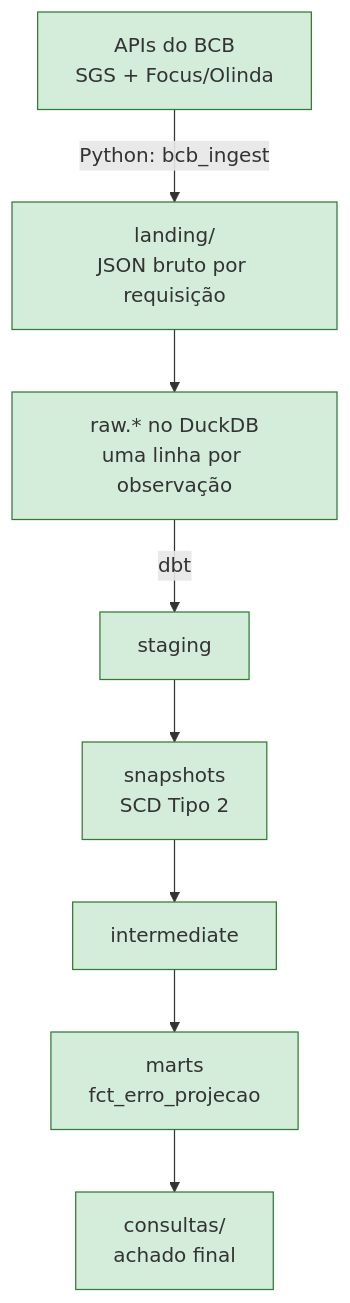
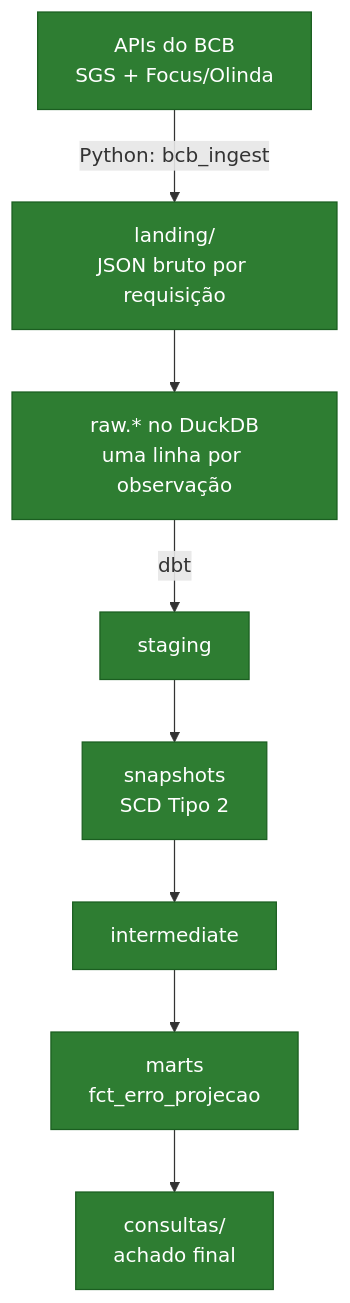
The diagram in README.md (Mikhael-Groschitz/bcb-macro-elt-python-dbt), drawn with Mermaid before and after one commit. The commit also changed other lines of this file and 8 other files, not shown here.

````diff
--- a/README.md
+++ b/README.md
@@ -66,19 +69,19 @@
 ```mermaid
 flowchart TD
     A[APIs do BCB<br/>SGS + Focus/Olinda] -->|Python: bcb_ingest| B[landing/<br/>JSON bruto por requisição]
     B --> C[raw.* no DuckDB<br/>uma linha por observação]
     C -->|dbt| D[staging]
     D --> E[snapshots<br/>SCD Tipo 2]
     E --> F[intermediate]
     F --> G[marts<br/>fct_erro_projecao]
     G --> H[consultas/<br/>achado final]
 
-    style A fill:#d4edda,stroke:#2e7d32
-    style B fill:#d4edda,stroke:#2e7d32
-    style C fill:#d4edda,stroke:#2e7d32
-    style D fill:#d4edda,stroke:#2e7d32
-    style E fill:#d4edda,stroke:#2e7d32
-    style F fill:#d4edda,stroke:#2e7d32
-    style G fill:#d4edda,stroke:#2e7d32
-    style H fill:#d4edda,stroke:#2e7d32
+    style A fill:#2e7d32,stroke:#1b5e20,color:#ffffff
+    style B fill:#2e7d32,stroke:#1b5e20,color:#ffffff
+    style C fill:#2e7d32,stroke:#1b5e20,color:#ffffff
+    style D fill:#2e7d32,stroke:#1b5e20,color:#ffffff
+    style E fill:#2e7d32,stroke:#1b5e20,color:#ffffff
+    style F fill:#2e7d32,stroke:#1b5e20,color:#ffffff
+    style G fill:#2e7d32,stroke:#1b5e20,color:#ffffff
+    style H fill:#2e7d32,stroke:#1b5e20,color:#ffffff
 ```
````
